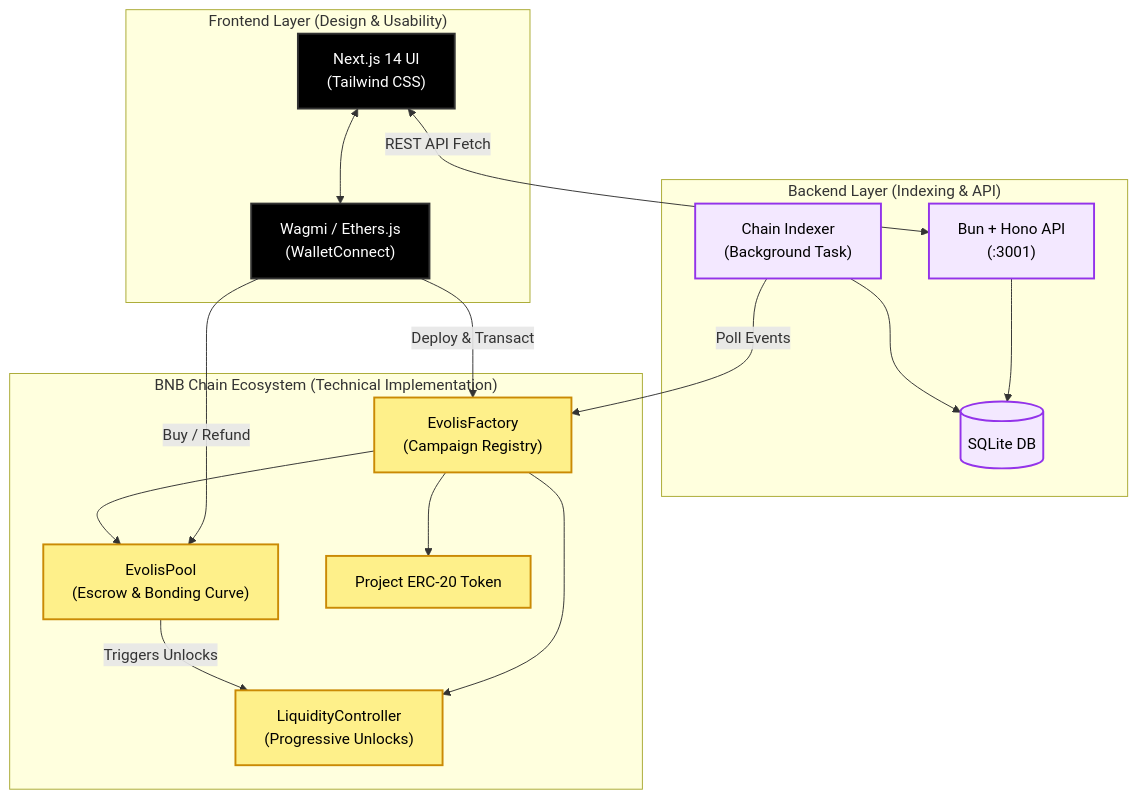
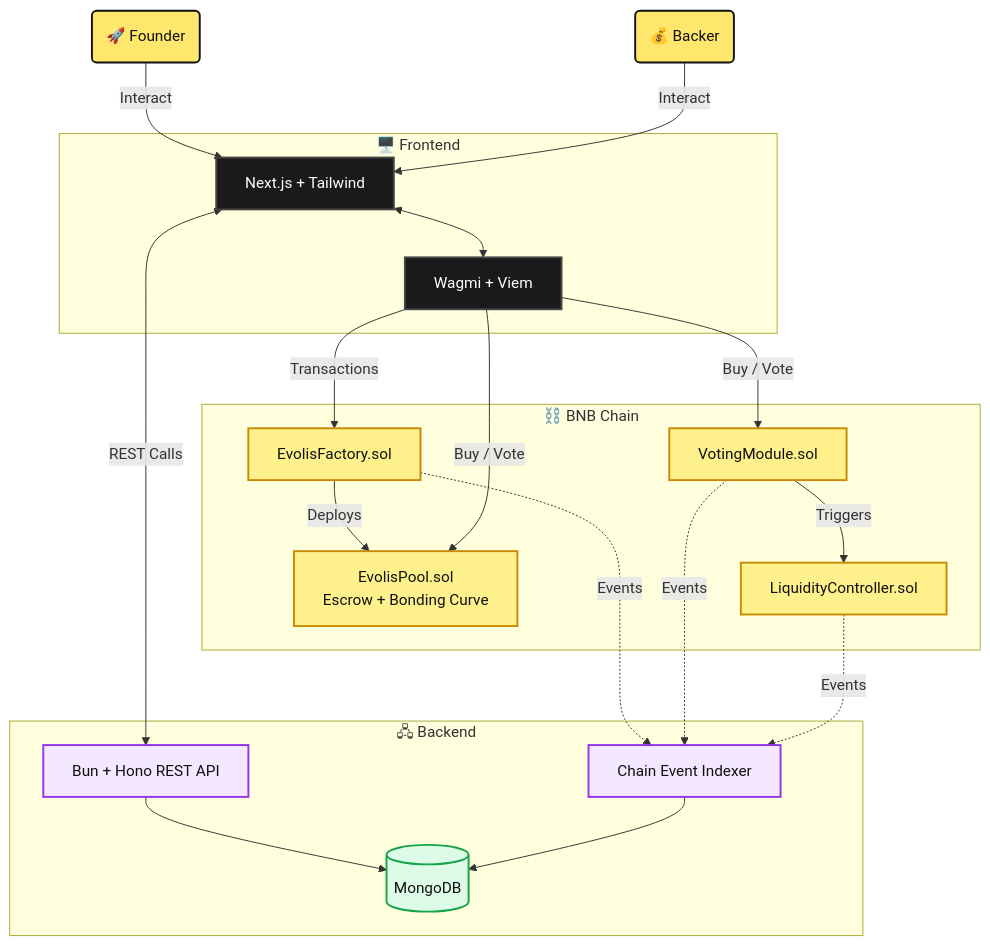
The second of 2 diagrams in README.md (ShauryaKesarwani/Evolis), drawn with Mermaid before and after one commit. The commit also changed other lines of this file, not shown here.

Commit message:
Revise user journey and architecture diagrams
Updated user journey and system architecture diagrams in README.

````diff
--- a/README.md
+++ b/README.md
@@ -77,41 +86,41 @@
 ```mermaid
 graph TD
-    %% Styling
-    classDef frontend fill:#000,stroke:#333,stroke-width:2px,color:#fff
-    classDef backend fill:#f3e8ff,stroke:#9333ea,stroke-width:2px,color:#000
-    classDef contract fill:#fef08a,stroke:#ca8a04,stroke-width:2px,color:#000
+    classDef user fill:#FFE66D,stroke:#111,stroke-width:2px,color:#111
+    classDef frontend fill:#1a1a1a,stroke:#444,stroke-width:2px,color:#fff
+    classDef backend fill:#f3e8ff,stroke:#9333ea,stroke-width:2px,color:#111
+    classDef contract fill:#fef08a,stroke:#ca8a04,stroke-width:2px,color:#111
+    classDef storage fill:#dcfce7,stroke:#16a34a,stroke-width:2px,color:#111
 
-    %% Frontend Layer
-    subgraph "Frontend Layer (Design & Usability)"
-        UI["Next.js 14 UI<br/>(Tailwind CSS)"]:::frontend
-        Wagmi["Wagmi / Ethers.js<br/>(WalletConnect)"]:::frontend
-        UI <--> Wagmi
+    Founder("🚀 Founder"):::user
+    Backer("💰 Backer"):::user
+
+    subgraph FE["🖥️ Frontend"]
+        UI["Next.js + Tailwind"]:::frontend
+        Hooks["Wagmi + Viem"]:::frontend
+        UI <--> Hooks
     end
 
-    %% Backend Layer
-    subgraph "Backend Layer (Indexing & API)"
-        Hono["Bun + Hono API<br/>(:3001)"]:::backend
-        Scanner["Chain Indexer<br/>(Background Task)"]:::backend
-        DB[(SQLite DB)]:::backend
-        Hono --> DB
-        Scanner --> DB
+    subgraph BE["🖧 Backend"]
+        API["Bun + Hono REST API"]:::backend
+        Indexer["Chain Event Indexer"]:::backend
+        DB[("MongoDB")]:::storage
+        API --> DB
+        Indexer --> DB
     end
 
-    %% Smart Contracts
-    subgraph "BNB Chain Ecosystem (Technical Implementation)"
-        Factory["EvolisFactory<br/>(Campaign Registry)"]:::contract
-        Pool["EvolisPool<br/>(Escrow & Bonding Curve)"]:::contract
-        Token["Project ERC-20 Token"]:::contract
-        PLU["LiquidityController<br/>(Progressive Unlocks)"]:::contract
+    subgraph SC["⛓️ BNB Chain"]
+        Factory["EvolisFactory.sol"]:::contract
+        Pool["EvolisPool.sol<br/>Escrow + Bonding Curve"]:::contract
+        Voting["VotingModule.sol"]:::contract
+        PLU["LiquidityController.sol"]:::contract
+
+        Factory -->|Deploys| Pool
+        Voting -->|Triggers| PLU
     end
 
-    %% Connections
-    UI <-->|REST API Fetch| Hono
-    Scanner -->|Poll Events| Factory
-    Wagmi -->|Deploy & Transact| Factory
-    Wagmi -->|Buy / Refund| Pool
-    Factory --> Pool
-    Factory --> Token
-    Factory --> PLU
-    Pool -->|Triggers Unlocks| PLU
+    Founder & Backer -->|Interact| UI
+    Hooks -->|Transactions| Factory
+    Hooks -->|Buy / Vote| Pool & Voting
+    UI <-->|REST Calls| API
+    Factory & Voting & PLU -.->|Events| Indexer
 ```
````
